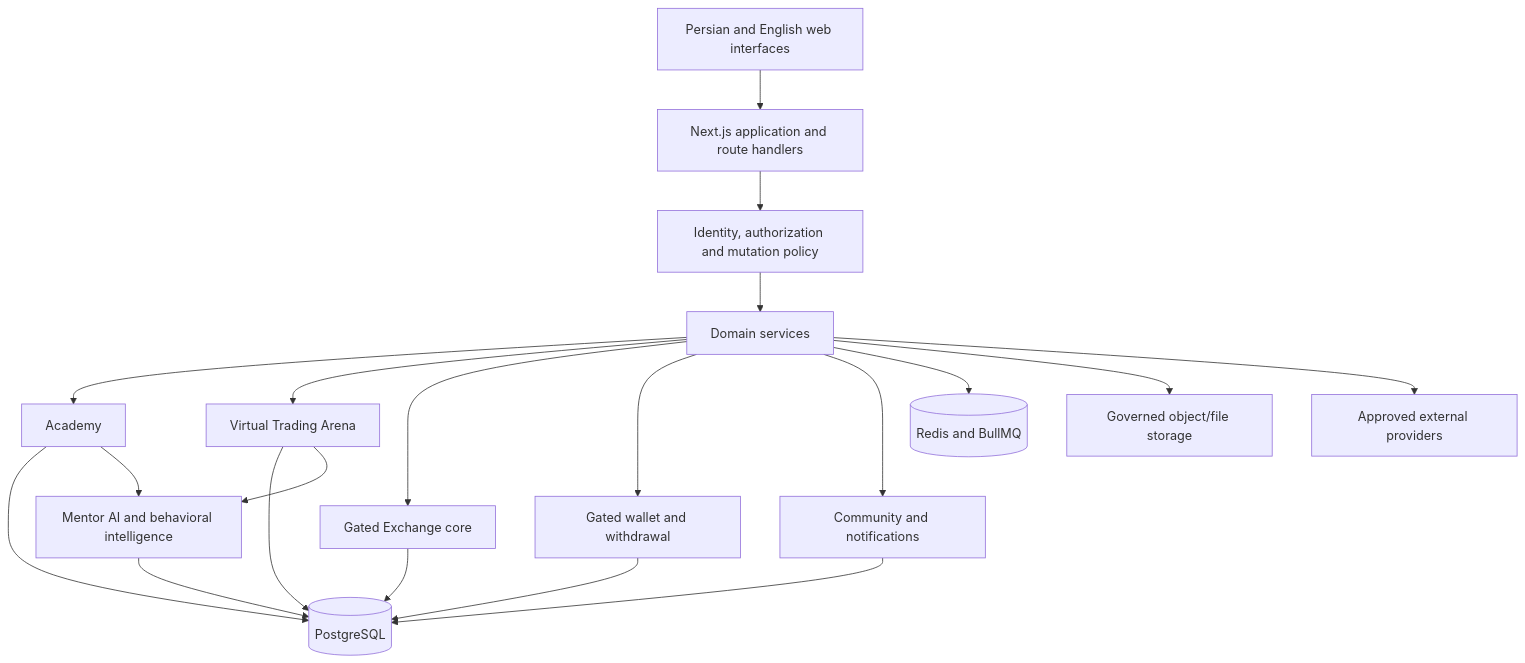
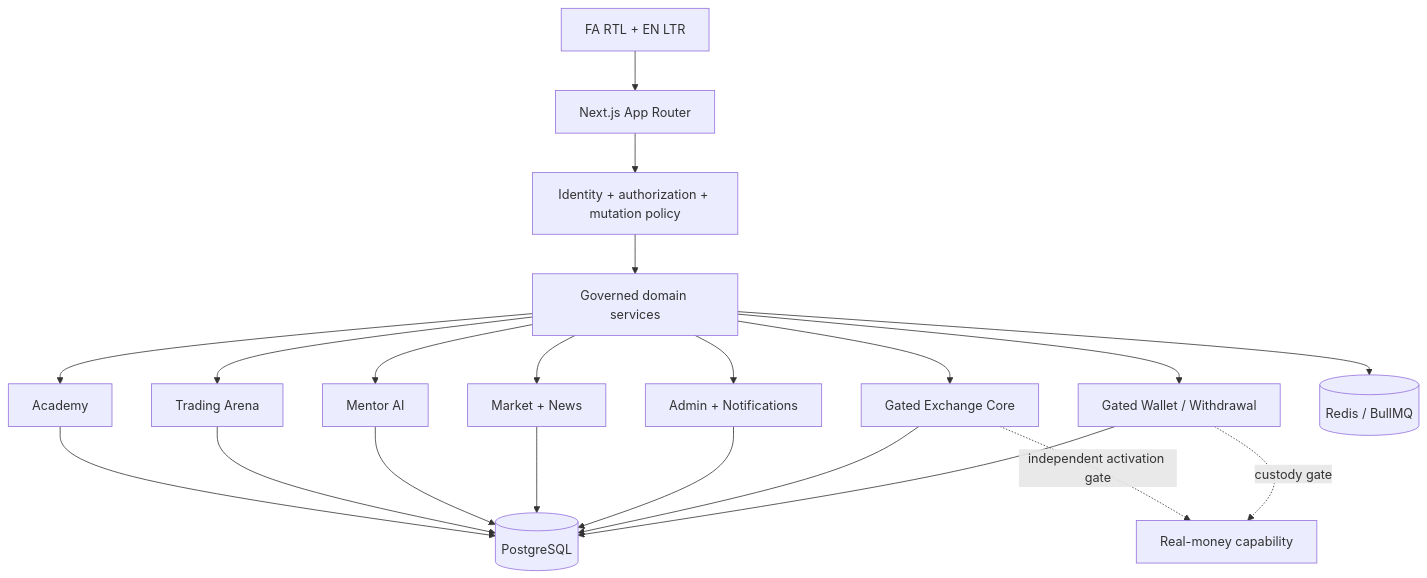
Before and after one commit to tecpey/Tecpey-Os: the second of 2 diagrams in README.fa.md, drawn with Mermaid. The commit also changed other lines of this file and 4 other files, not shown here.

````diff
--- a/README.fa.md
+++ b/README.fa.md
@@ -165,25 +111,26 @@
 ```mermaid
 flowchart TB
-    UI[Persian and English web interfaces] --> APP[Next.js application and route handlers]
-    APP --> AUTH[Identity, authorization and mutation policy]
-    AUTH --> DOMAINS[Domain services]
+    UX[FA RTL + EN LTR] --> APP[Next.js App Router]
+    APP --> IAM[Identity + authorization + mutation policy]
+    IAM --> DOMAIN[Governed domain services]
 
-    DOMAINS --> ACADEMY[Academy]
-    DOMAINS --> ARENA[Virtual Trading Arena]
-    DOMAINS --> EXCHANGE[Gated Exchange core]
-    DOMAINS --> WALLET[Gated wallet and withdrawal]
-    DOMAINS --> COMMUNITY[Community and notifications]
+    DOMAIN --> ACA[Academy]
+    DOMAIN --> ARENA[Trading Arena]
+    DOMAIN --> AI[Mentor AI]
+    DOMAIN --> NEWS[Market + News]
+    DOMAIN --> ADMIN[Admin + Notifications]
+    DOMAIN --> EX[Gated Exchange Core]
+    DOMAIN --> WALLET[Gated Wallet / Withdrawal]
 
-    ACADEMY --> PG[(PostgreSQL)]
+    ACA --> PG[(PostgreSQL)]
     ARENA --> PG
-    EXCHANGE --> PG
+    AI --> PG
+    NEWS --> PG
+    ADMIN --> PG
+    EX --> PG
     WALLET --> PG
-    COMMUNITY --> PG
-    DOMAINS --> REDIS[(Redis and BullMQ)]
-    DOMAINS --> STORAGE[Governed object/file storage]
-    DOMAINS --> PROVIDERS[Approved external providers]
+    DOMAIN --> REDIS[(Redis / BullMQ)]
 
-    ACADEMY --> MENTOR[Mentor AI and behavioral intelligence]
-    ARENA --> MENTOR
-    MENTOR --> PG
+    EX -. independent activation gate .-> REAL[Real-money capability]
+    WALLET -. custody gate .-> REAL
 ```
````
